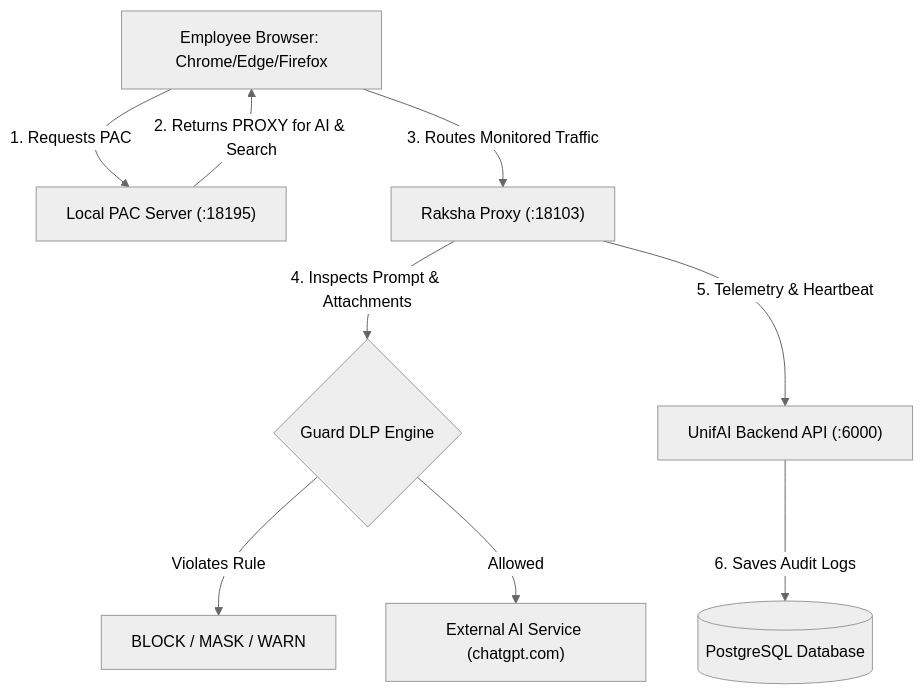
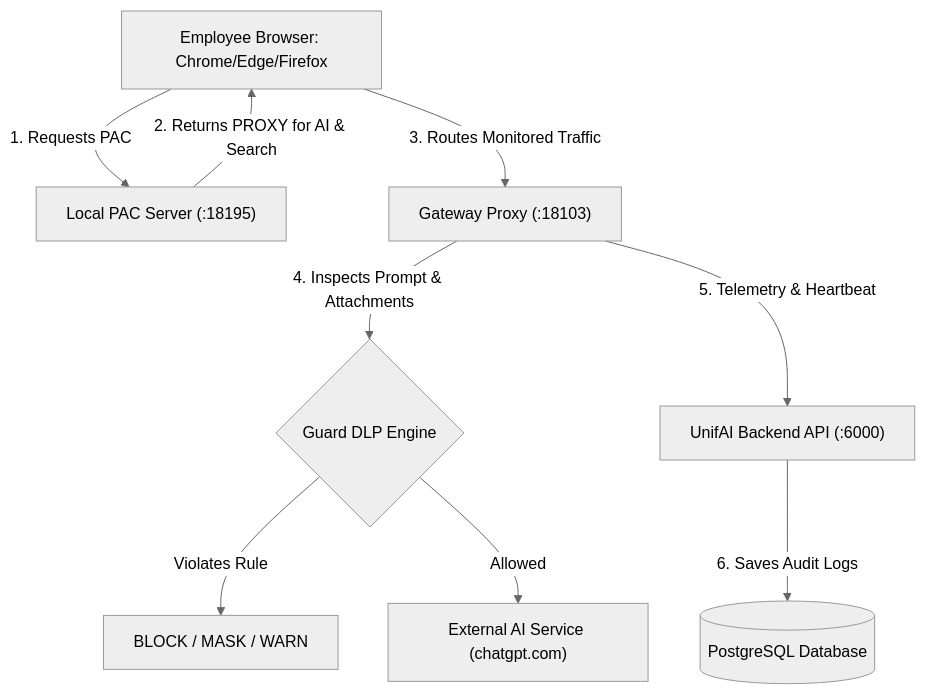
One commit to THIRUPUGAL-2003/unifai_product changed the diagram in docs/COMPLETE_ADMIN_AND_SYSTEM_GUIDE.md. Above: the diagram before and after it, drawn with Mermaid (neutral theme). The commit also changed other lines of this file and 2317 other files, not shown here.

Commit message:
feat: add core providers, gateway transports, browser guard app, and UI components

````diff
--- a/docs/COMPLETE_ADMIN_AND_SYSTEM_GUIDE.md
+++ b/docs/COMPLETE_ADMIN_AND_SYSTEM_GUIDE.md
@@ -224,11 +224,11 @@
 ```mermaid
 flowchart TD
     UserApp[Employee Browser: Chrome/Edge/Firefox] -->|1. Requests PAC| LocalPAC["Local PAC Server (:18195)"]
     LocalPAC -->|2. Returns PROXY for AI & Search| UserApp
-    UserApp -->|3. Routes Monitored Traffic| LocalProxy["Raksha Proxy (:18103)"]
+    UserApp -->|3. Routes Monitored Traffic| LocalProxy["Gateway Proxy (:18103)"]
     LocalProxy -->|4. Inspects Prompt & Attachments| DLPEngine{Guard DLP Engine}
     DLPEngine -->|Violates Rule| Action["BLOCK / MASK / WARN"]
     DLPEngine -->|Allowed| PublicAI["External AI Service (chatgpt.com)"]
     LocalProxy -->|5. Telemetry & Heartbeat| BackendAPI["UnifAI Backend API (:6000)"]
     BackendAPI -->|6. Saves Audit Logs| DB[(PostgreSQL Database)]
 ```
````
